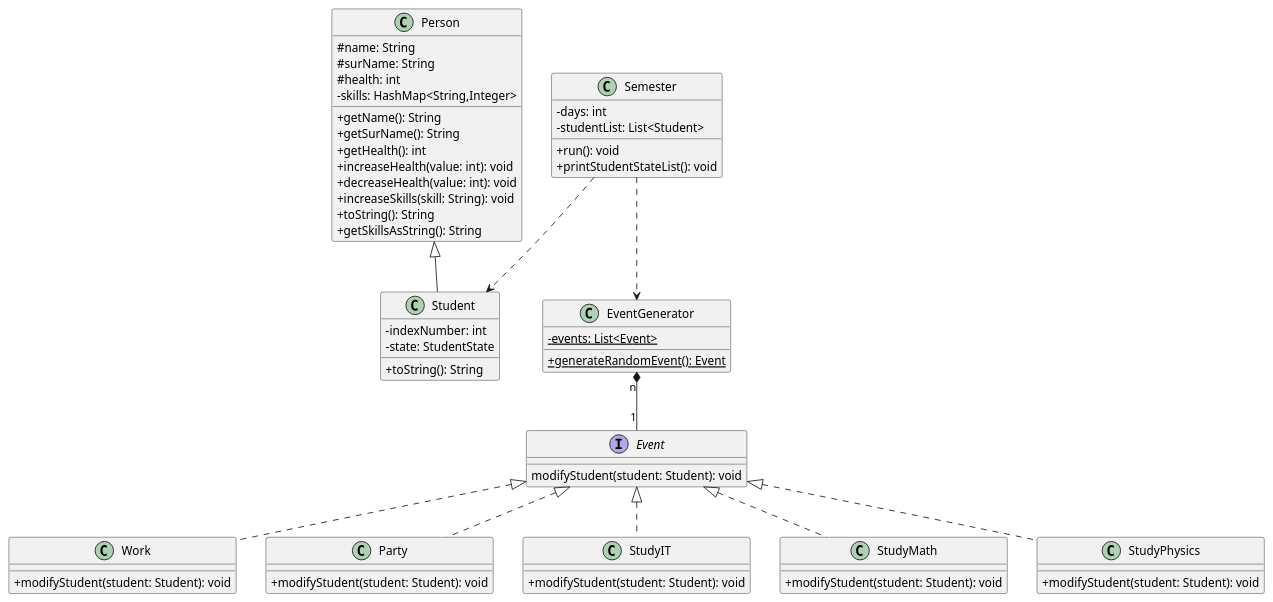
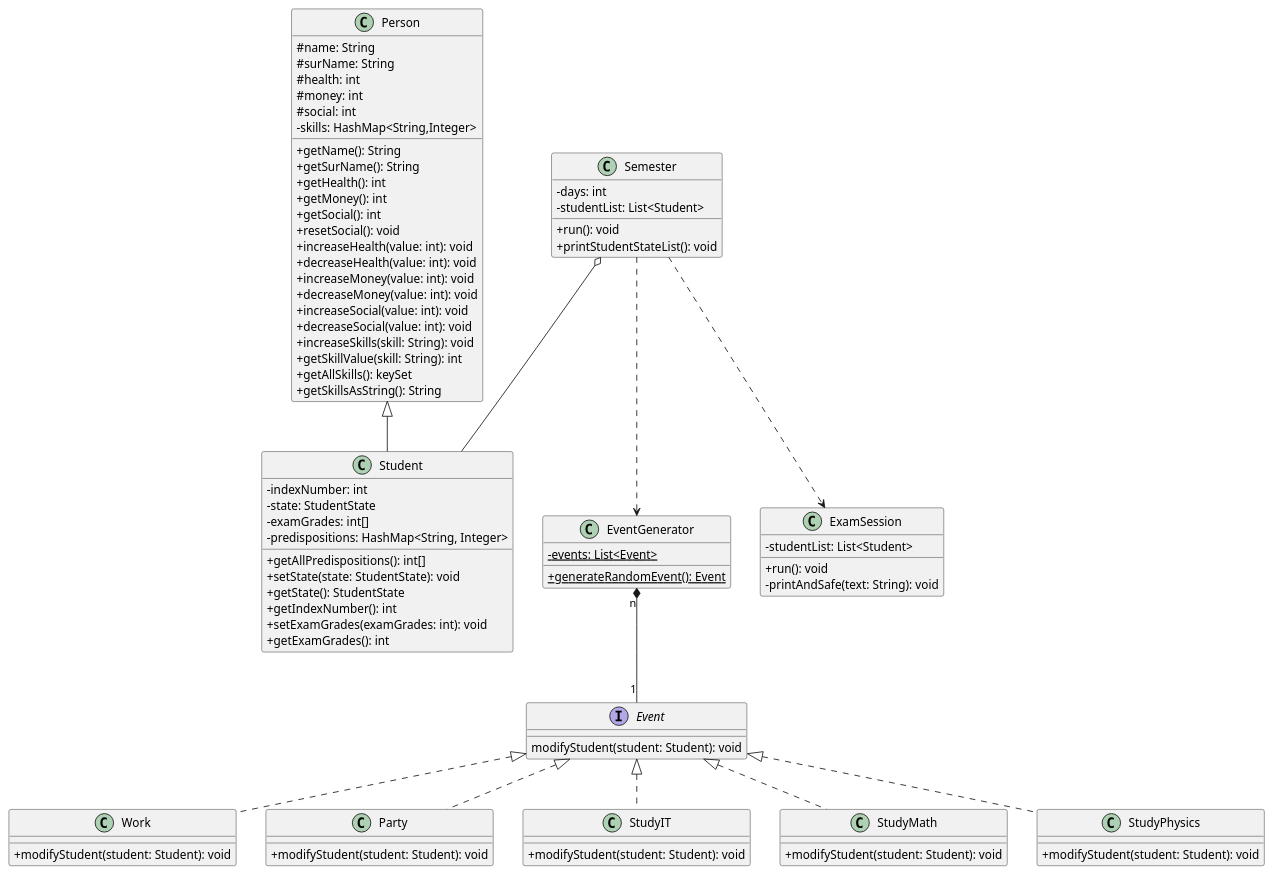
One commit to Mik33221/StudentSimulation changed the diagram in diagrams/class.diagram.puml. Above: the diagram before and after it, drawn with PlantUML. The commit also changed 3 other files, not shown here.

Commit message:
Poprawiony diagram class i sequence

```diff
--- a/diagrams/class.diagram.puml
+++ b/diagrams/class.diagram.puml
@@ -1,76 +1,100 @@
 @startuml
 skinparam classAttributeIconSize 0
 
 ' //www.plantuml.com/plantuml/dpng/hLB1QXin4BthAmRdKBUkGtir8II7qXYQOBg5dfNLn2kyqfgPaSas-D-xahPAR49Jg2zh-StJUqzFkcBH9C6rYZVMRpLf1tMhcQz5oDu7mMNT-Sh-GlYaL9f0XGvPaE19pS7edXTWlGnhbc3GopVBie3ulQWoSgbcGC5FtozWrrap_DlIi6MSLg858xtCzqeLa_FpInY9X-2NtG1zHO-afIDLqcKkuAEWDmmh9EvyocgzmSUxuEwHIkJelO2NIOPqqbL2rgzZeBnI-s9G1C_0QuU5SGOSwEuGQL2tqXIpZMrRNi2DvkPMRoyoxUFI2wwHOabhbAZmx9knAj1hy4rIZsZKdmtVcb0pZlXEjm7JxBbtWszHYagLqavJw3--XNLSKScKTrtpQmMM2W-kBh-ZftWJjju3nXcFxoSHOp5blCwxyBlsfdDf7atI8dfOBqWFkiOC3TgkC_QX7szuolctNFcB9tUKQk8dy64-XyddoIZ_xYXu71NApuusy7VAIfFqRt1Yh7xv0yQgignrsnPTxAMSQWR_VAuibCrFe5GYdaphLajpEhLLqxEj-Jy5hz2RuDhV
 
 class Semester {
 - days: int
 - studentList: List<Student>
 + run(): void
 + printStudentStateList(): void
 }
 
-Semester ..> Student
+Semester o-- Student
 Semester ..> EventGenerator
+Semester ..> ExamSession
 
 
 class Student extends Person {
 - indexNumber: int
 - state: StudentState
-+ toString(): String
+- examGrades: int[]
+- predispositions: HashMap<String, Integer>
++ getAllPredispositions(): int[]
++ setState(state: StudentState): void
++ getState(): StudentState
++ getIndexNumber(): int
++ setExamGrades(examGrades: int): void
++ getExamGrades(): int
 }
 
 
 class Person {
 # name: String
 # surName: String
 # health: int
+# money: int
+# social: int
 - skills: HashMap<String,Integer>
 + getName(): String
 + getSurName(): String
 + getHealth(): int
++ getMoney(): int
++ getSocial(): int
++ resetSocial(): void
 + increaseHealth(value: int): void
 + decreaseHealth(value: int): void
++ increaseMoney(value: int): void
++ decreaseMoney(value: int): void
++ increaseSocial(value: int): void
++ decreaseSocial(value: int): void
 + increaseSkills(skill: String): void
-+ toString(): String
++ getSkillValue(skill: String): int
++ getAllSkills(): keySet
 + getSkillsAsString(): String
 }
 
 
 
 
 class EventGenerator {
 - {static} events: List<Event>
 + {static} generateRandomEvent(): Event
 }
 
 interface Event {
 modifyStudent(student: Student): void
 }
 
 EventGenerator "n" *-- "1" Event
 ' EventGenerator "1" *-- "1" Work
 ' EventGenerator "1" *-- "1" Party
 ' EventGenerator "1" *-- "1" StudyIT
 
 class Work implements Event {
 + modifyStudent(student: Student): void
 }
 
 class Party implements Event {
 + modifyStudent(student: Student): void
 }
 
 class StudyIT implements Event {
 + modifyStudent(student: Student): void
 }
 
 class StudyMath implements Event {
 + modifyStudent(student: Student): void
 }
 
 class StudyPhysics implements Event {
 + modifyStudent(student: Student): void
 }
 
+class ExamSession{
+- studentList: List<Student>
++ run(): void
+- printAndSafe(text: String): void
+}
+
 @enduml
```
